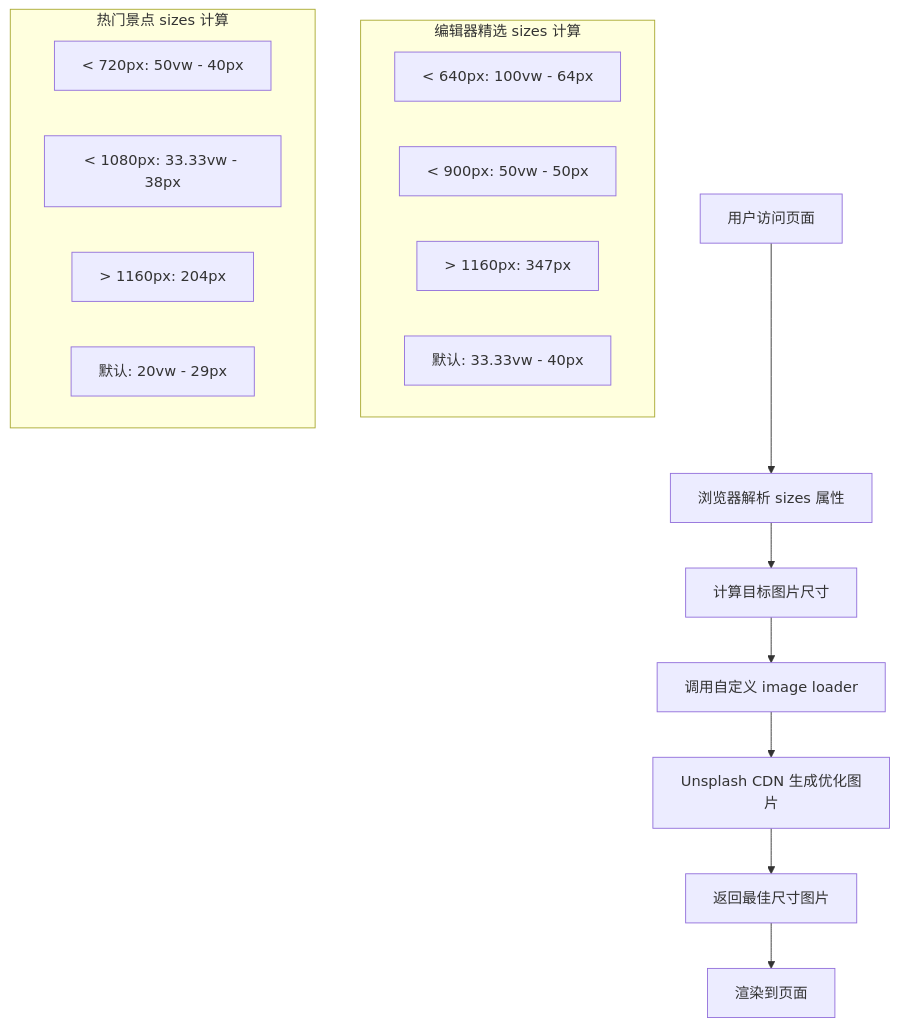
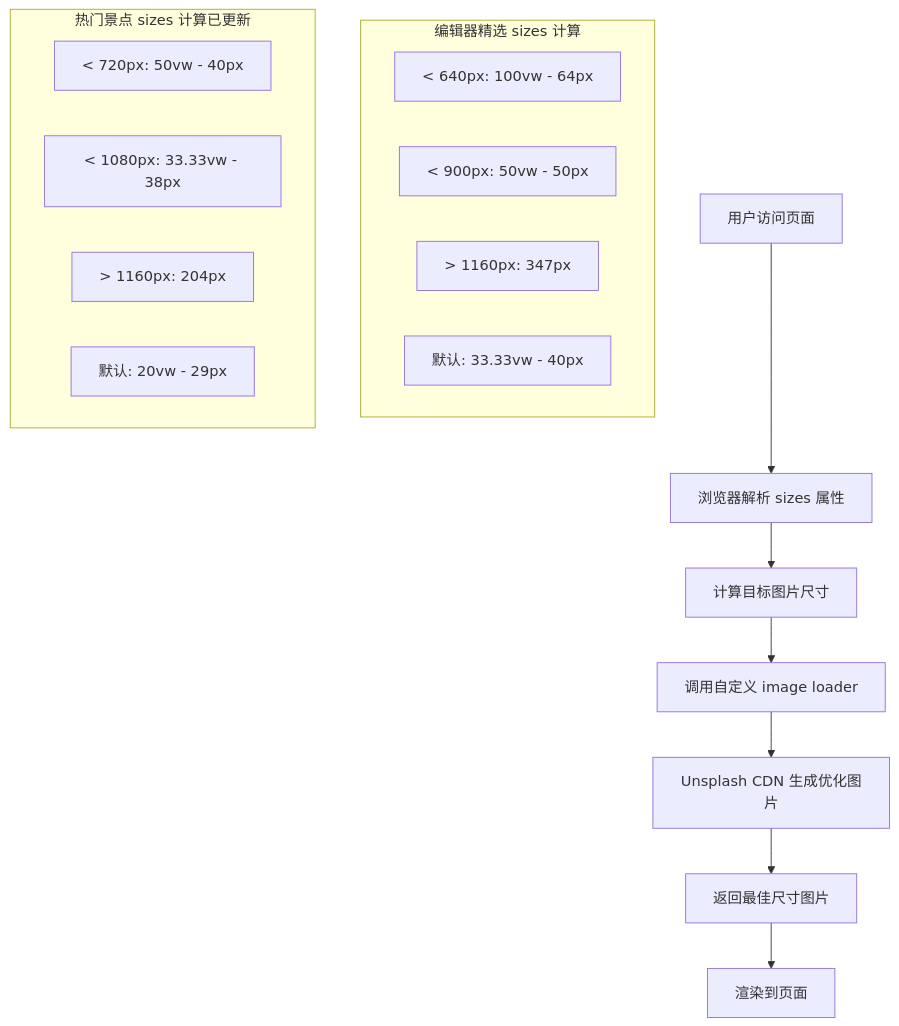
The seventh of 12 diagrams in .qoder/repowiki/zh/content/规格驱动开发/WanderChain 首页规格文档.md (luyitiger6/my-first-project), drawn with Mermaid before and after one commit. The commit also changed other lines of this file and 41 other files, not shown here.

````diff
--- a/.qoder/repowiki/zh/content/规格驱动开发/WanderChain 首页规格文档.md
+++ b/.qoder/repowiki/zh/content/规格驱动开发/WanderChain 首页规格文档.md
@@ -347,21 +350,21 @@
 ```mermaid
 flowchart TD
 User["用户访问页面"] --> Browser["浏览器解析 sizes 属性"]
 Browser --> Calc["计算目标图片尺寸"]
 Calc --> Loader["调用自定义 image loader"]
 Loader --> Unsplash["Unsplash CDN 生成优化图片"]
 Unsplash --> Response["返回最佳尺寸图片"]
 Response --> Display["渲染到页面"]
 subgraph "编辑器精选 sizes 计算"
 EP1["< 640px: 100vw - 64px"]
 EP2["< 900px: 50vw - 50px"]
 EP3["> 1160px: 347px"]
 EP4["默认: 33.33vw - 40px"]
 end
-subgraph "热门景点 sizes 计算"
+subgraph "热门景点 sizes 计算已更新"
 HA1["< 720px: 50vw - 40px"]
 HA2["< 1080px: 33.33vw - 38px"]
 HA3["> 1160px: 204px"]
 HA4["默认: 20vw - 29px"]
 end
 ```
````
